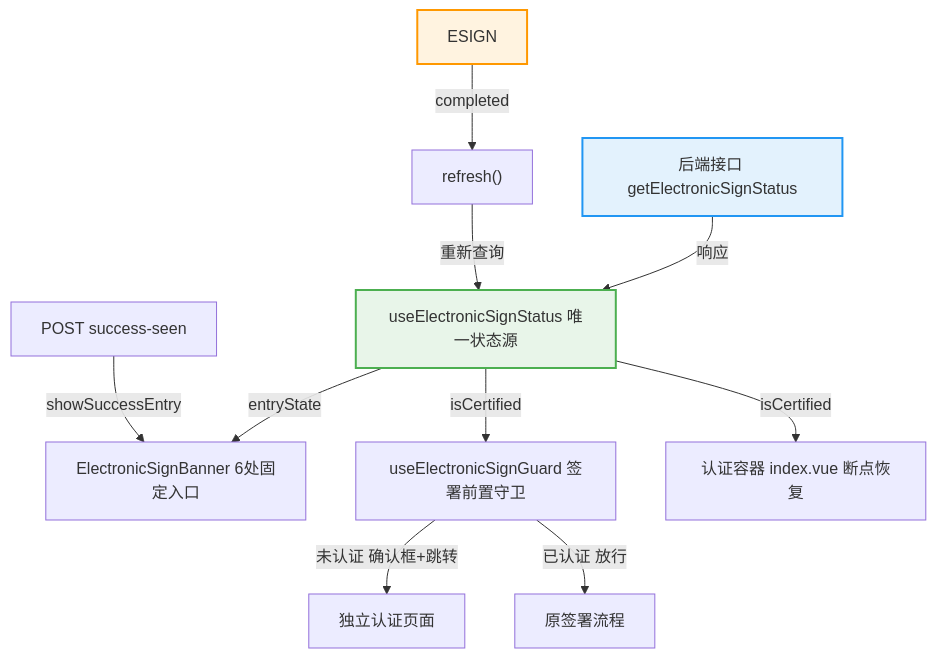
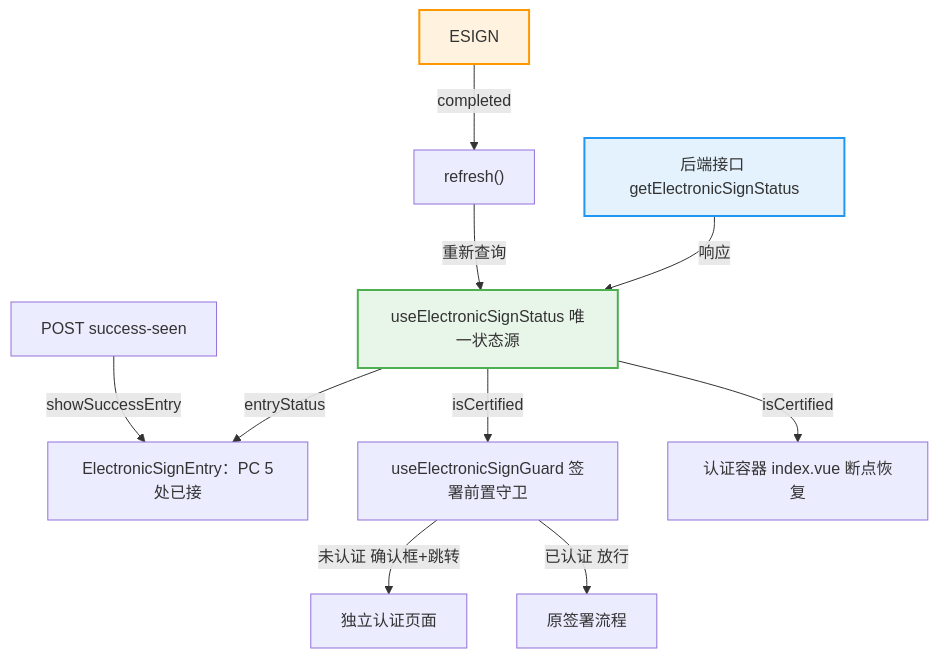
One commit to yugong8898/.md changed the third of 3 diagrams in 需求/进行中/REQ-195/阶段2-技术方案-REQ-195.md. Above: the diagram before and after it, drawn with Mermaid. The commit also changed other lines of this file and 10 other files, not shown here.

````diff
--- a/需求/进行中/REQ-195/阶段2-技术方案-REQ-195.md
+++ b/需求/进行中/REQ-195/阶段2-技术方案-REQ-195.md
@@ -101,20 +101,20 @@
 ```mermaid
 flowchart TD
     BACKEND["后端接口 getElectronicSignStatus"] -->|响应| STATUS["useElectronicSignStatus 唯一状态源"]
 
-    STATUS -->|entryState| BANNER["ElectronicSignBanner 6处固定入口"]
+    STATUS -->|entryStatus| BANNER["ElectronicSignEntry：PC 5处已接"]
     STATUS -->|isCertified| GUARD["useElectronicSignGuard 签署前置守卫"]
     STATUS -->|isCertified| CERT_CONTAINER["认证容器 index.vue 断点恢复"]
 
     GUARD -->|未认证 确认框+跳转| ESIGN_PAGE2["独立认证页面"]
     GUARD -->|已认证 放行| SIGN_FLOW["原签署流程"]
 
     ESIGN -->|completed| REFRESH["refresh()"]
     REFRESH -->|重新查询| STATUS
 
     SUCCESS_SEEN["POST success-seen"] -->|showSuccessEntry| BANNER
 
     style STATUS fill:#e8f5e9,stroke:#4caf50,stroke-width:2px
     style ESIGN fill:#fff3e0,stroke:#ff9800,stroke-width:2px
     style BACKEND fill:#e3f2fd,stroke:#2196f3,stroke-width:2px
 ```
````
